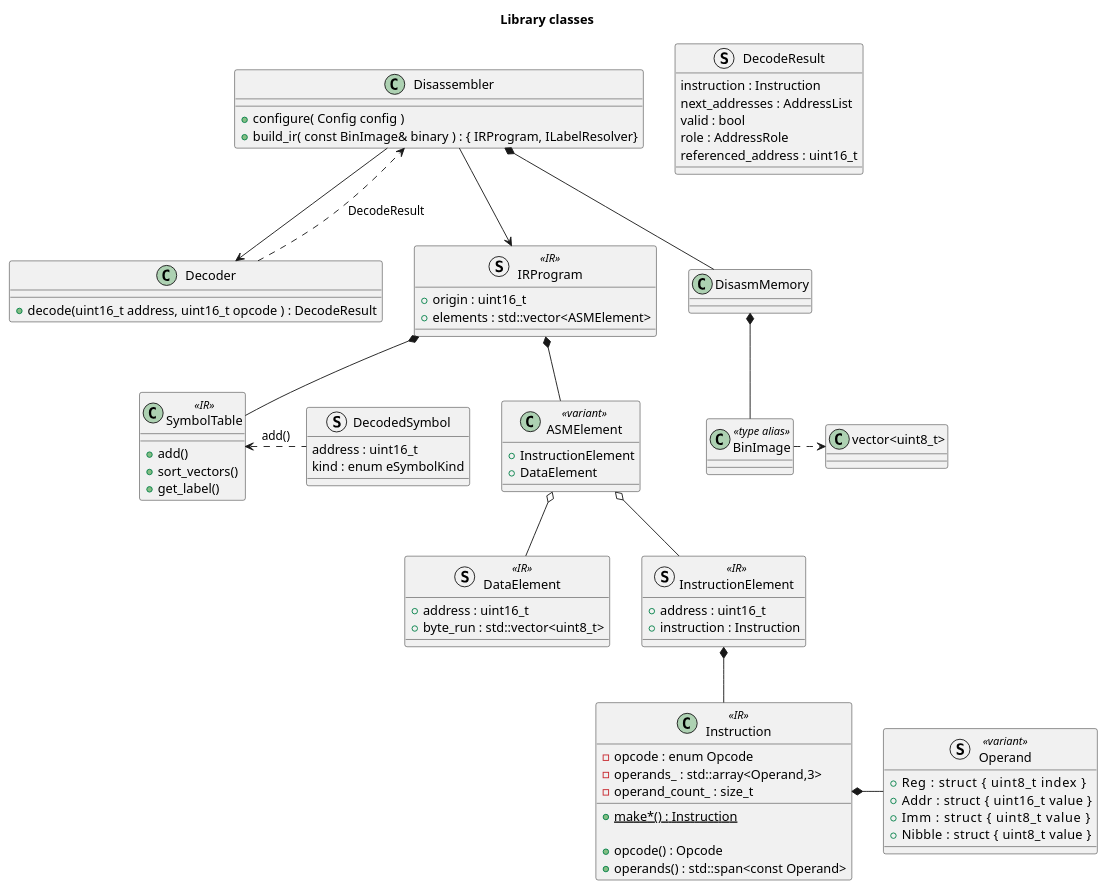
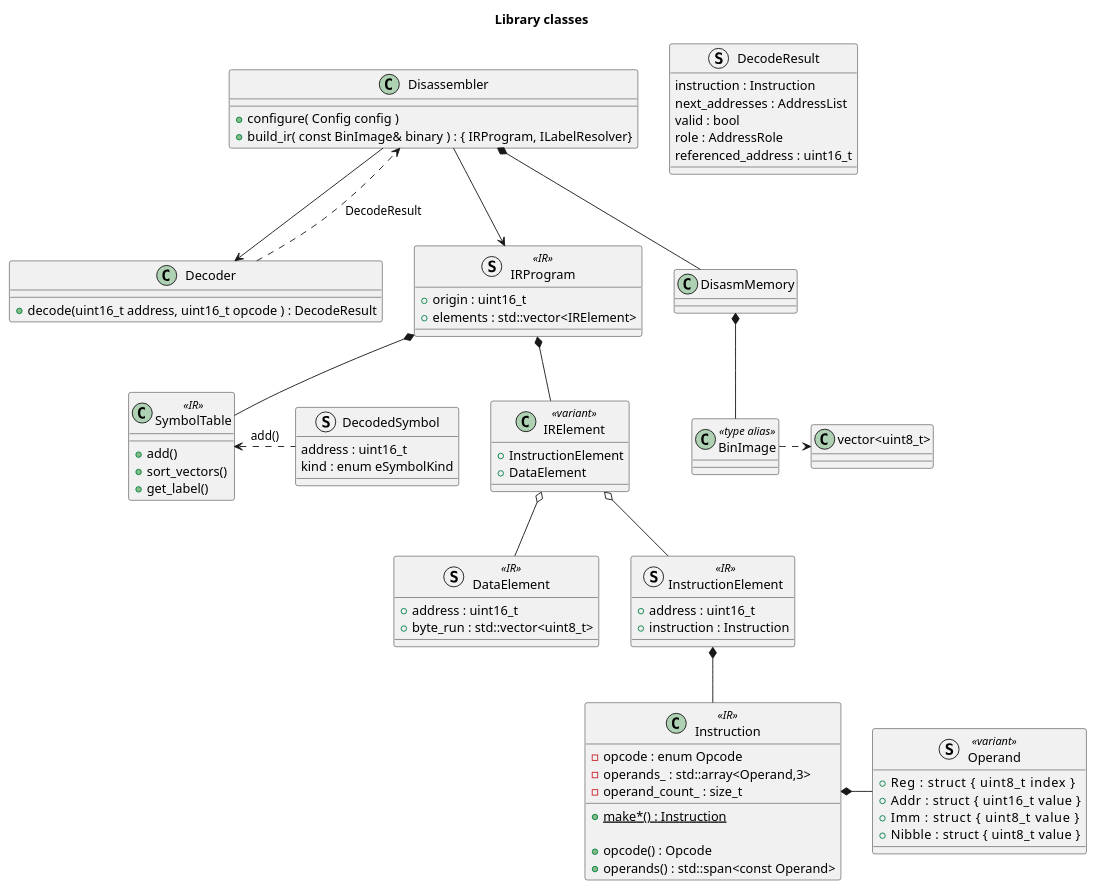
The diagram in chip8ir/doc/library_classes.plantuml (alwinl/chip8), drawn with PlantUML before and after one commit. The commit also changed 5 other files, not shown here.

```diff
--- a/chip8ir/doc/library_classes.plantuml
+++ b/chip8ir/doc/library_classes.plantuml
@@ -1,108 +1,108 @@
 @startuml library_classes
 title "Library classes"
 
 struct Operand <<variant>>
 {
 	+Reg      : struct { uint8_t index  }
 	+Addr     : struct { uint16_t value }
 	+Imm      : struct { uint8_t value  }
 	+Nibble   : struct { uint8_t value  }
 }
 
 class Instruction <<IR>>
 {
 	+{static} make*() : Instruction
 
 	+opcode() : Opcode
 	+operands() : std::span<const Operand>
 
 	-opcode : enum Opcode
 	-operands_ : std::array<Operand,3>
 	-operand_count_ : size_t
 }
 
 Instruction *- Operand
 
 struct DataElement <<IR>>
 {
 	+address : uint16_t
 	+byte_run : std::vector<uint8_t>
 }
 
 struct InstructionElement <<IR>>
 {
 	+address : uint16_t
 	+instruction : Instruction
 }
 
-class ASMElement <<variant>>
+class IRElement <<variant>>
 {
     +InstructionElement
     +DataElement
 }
 
 struct DecodedSymbol
 {
 	address : uint16_t
 	 kind : enum eSymbolKind
 }
 
 class SymbolTable <<IR>>
 {
 	+add()
 	+sort_vectors()
 	+get_label()
 }
 
-ASMElement o-- DataElement
-ASMElement o-- InstructionElement
+IRElement o-- DataElement
+IRElement o-- InstructionElement
 
 InstructionElement *-- Instruction
 
 SymbolTable <. DecodedSymbol : add()
 
 struct IRProgram <<IR>>
 {
     +origin : uint16_t
-    +elements : std::vector<ASMElement>
+    +elements : std::vector<IRElement>
 }
 
-IRProgram *-- ASMElement
+IRProgram *-- IRElement
 IRProgram *-- SymbolTable
 
 struct DecodeResult
 {
 	instruction : Instruction
 	next_addresses : AddressList
 	valid : bool
 	role : AddressRole
 	referenced_address : uint16_t
 }
 
 class Decoder
 {
 	+decode(uint16_t address, uint16_t opcode ) : DecodeResult
 }
 
 ' Decoder <. DecodeResult
 
 class DisasmMemory
 
 class BinImage <<type alias>>
 BinImage .> "vector<uint8_t>"
 
 class Disassembler
 {
 	+configure( Config config )
 	+build_ir( const BinImage& binary ) : { IRProgram, ILabelResolver}
 }
 
 Disassembler *-- DisasmMemory
 Disassembler --> Decoder
 Disassembler --> IRProgram
 
 
 Decoder ..> Disassembler : DecodeResult
 
 DisasmMemory *-- BinImage
 @enduml
```
